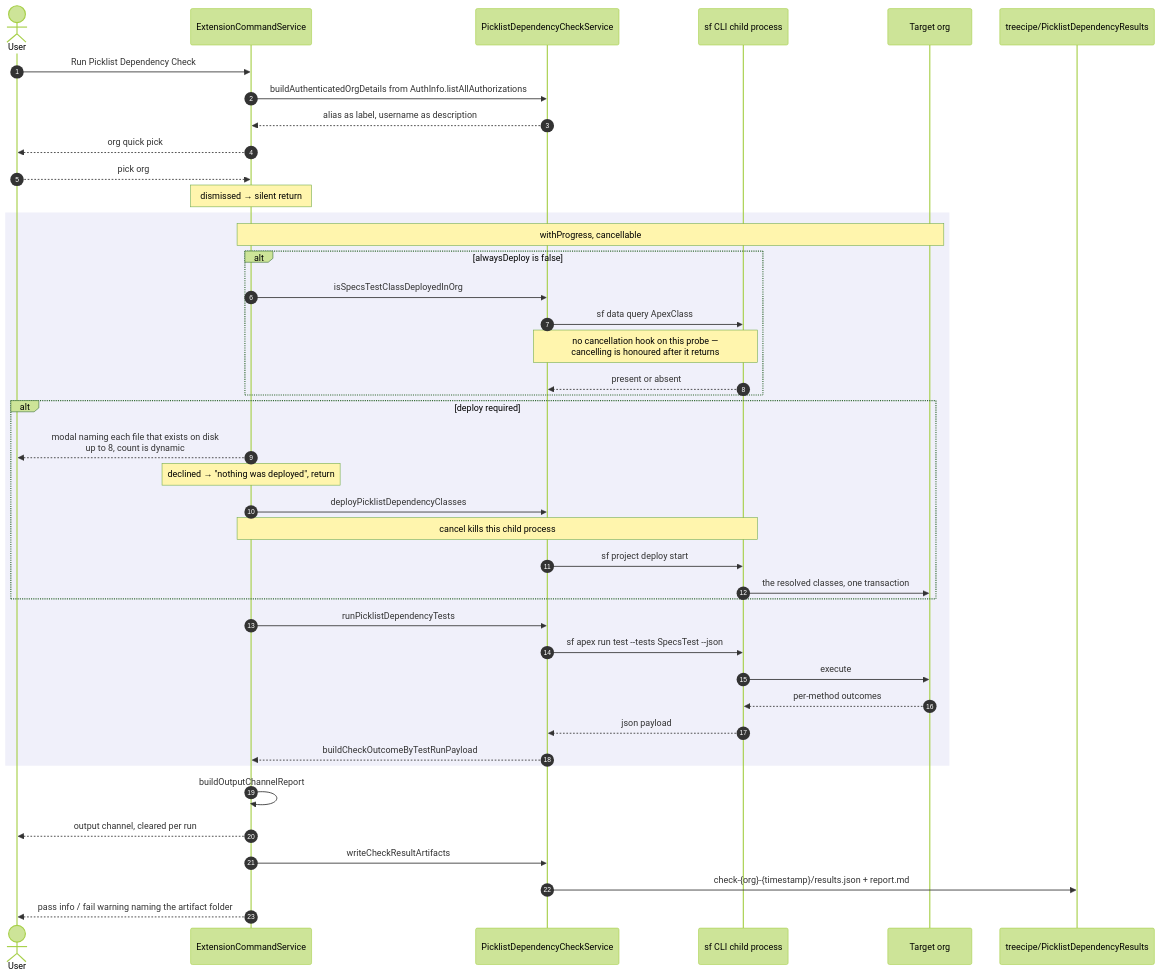
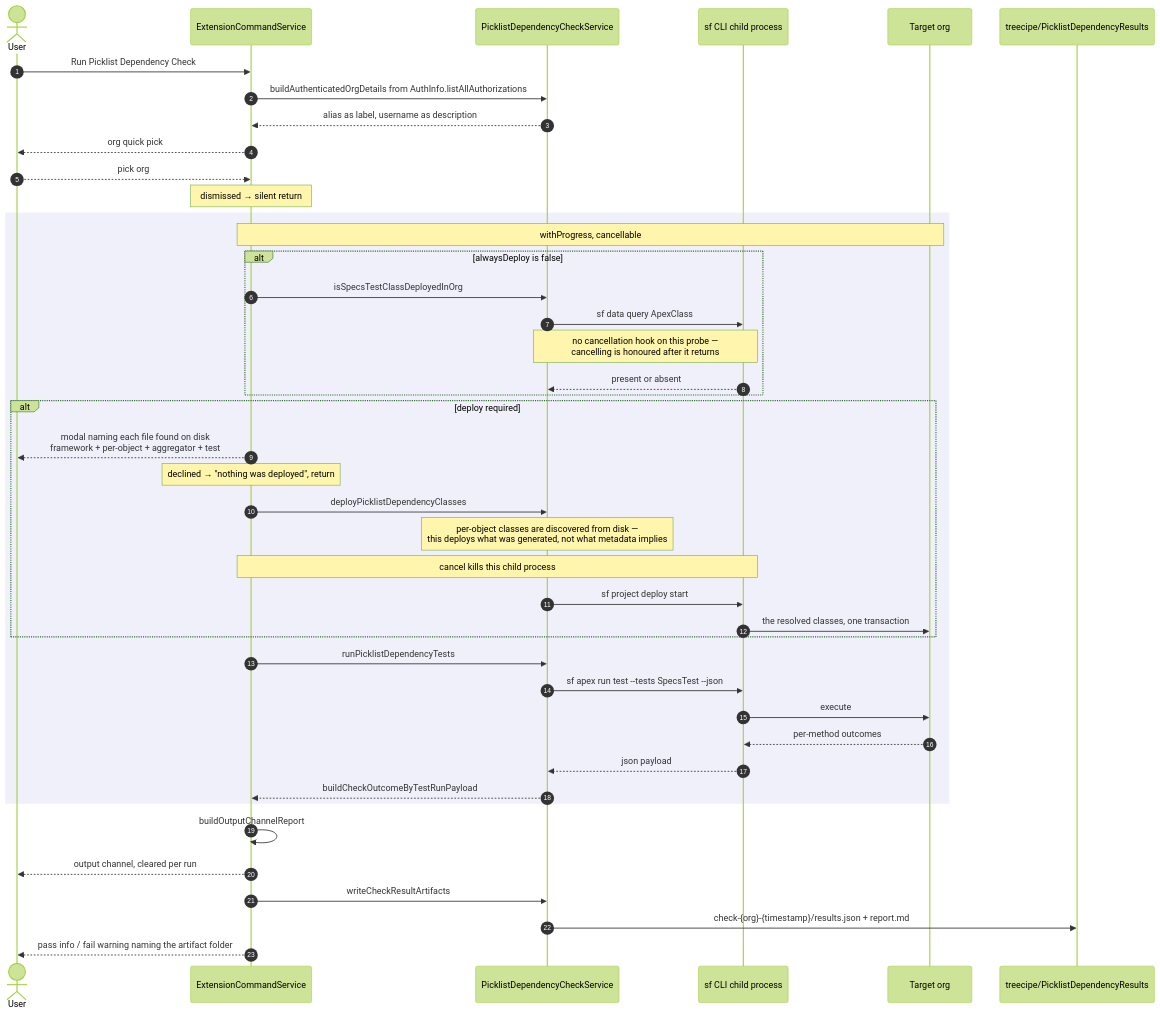
The fifth of 8 diagrams in scripts/picklist-dependency-demo/PICKLIST-DEPENDENCY-FLOW.md (jdschleicher/Salesforce-Data-Treecipe), drawn with Mermaid (forest theme) before and after one commit. The commit also changed other lines of this file and 1 other file, not shown here.

First line of the commit message:
docs: add picklist dependency flow diagrams, updated for v3.0.0, plus a staleness guard

````diff
--- a/scripts/picklist-dependency-demo/PICKLIST-DEPENDENCY-FLOW.md
+++ b/scripts/picklist-dependency-demo/PICKLIST-DEPENDENCY-FLOW.md
@@ -187,47 +191,48 @@
 ```mermaid
 sequenceDiagram
     autonumber
     actor User
     participant Cmd as ExtensionCommandService
     participant Chk as PicklistDependencyCheckService
     participant CLI as sf CLI child process
     participant Org as Target org
     participant Disk as treecipe/PicklistDependencyResults
 
     User->>Cmd: Run Picklist Dependency Check
     Cmd->>Chk: buildAuthenticatedOrgDetails from AuthInfo.listAllAuthorizations
     Chk-->>Cmd: alias as label, username as description
     Cmd-->>User: org quick pick
     User-->>Cmd: pick org
     Note over Cmd: dismissed → silent return
 
     rect rgb(240, 240, 250)
         Note over Cmd,Org: withProgress, cancellable
         alt alwaysDeploy is false
             Cmd->>Chk: isSpecsTestClassDeployedInOrg
             Chk->>CLI: sf data query ApexClass
             Note over Chk,CLI: no cancellation hook on this probe —<br/>cancelling is honoured after it returns
             CLI-->>Chk: present or absent
         end
         alt deploy required
-            Cmd-->>User: modal naming each file that exists on disk<br/>up to 8, count is dynamic
+            Cmd-->>User: modal naming each file found on disk<br/>framework + per-object + aggregator + test
             Note over Cmd: declined → "nothing was deployed", return
             Cmd->>Chk: deployPicklistDependencyClasses
+            Note over Chk: per-object classes are discovered from disk —<br/>this deploys what was generated, not what metadata implies
             Note over Cmd,CLI: cancel kills this child process
             Chk->>CLI: sf project deploy start
             CLI->>Org: the resolved classes, one transaction
         end
         Cmd->>Chk: runPicklistDependencyTests
         Chk->>CLI: sf apex run test --tests SpecsTest --json
         CLI->>Org: execute
         Org-->>CLI: per-method outcomes
         CLI-->>Chk: json payload
         Chk-->>Cmd: buildCheckOutcomeByTestRunPayload
     end
 
     Cmd->>Cmd: buildOutputChannelReport
     Cmd-->>User: output channel, cleared per run
     Cmd->>Chk: writeCheckResultArtifacts
     Chk->>Disk: check-{org}-{timestamp}/results.json + report.md
     Cmd-->>User: pass info / fail warning naming the artifact folder
 ```
````
